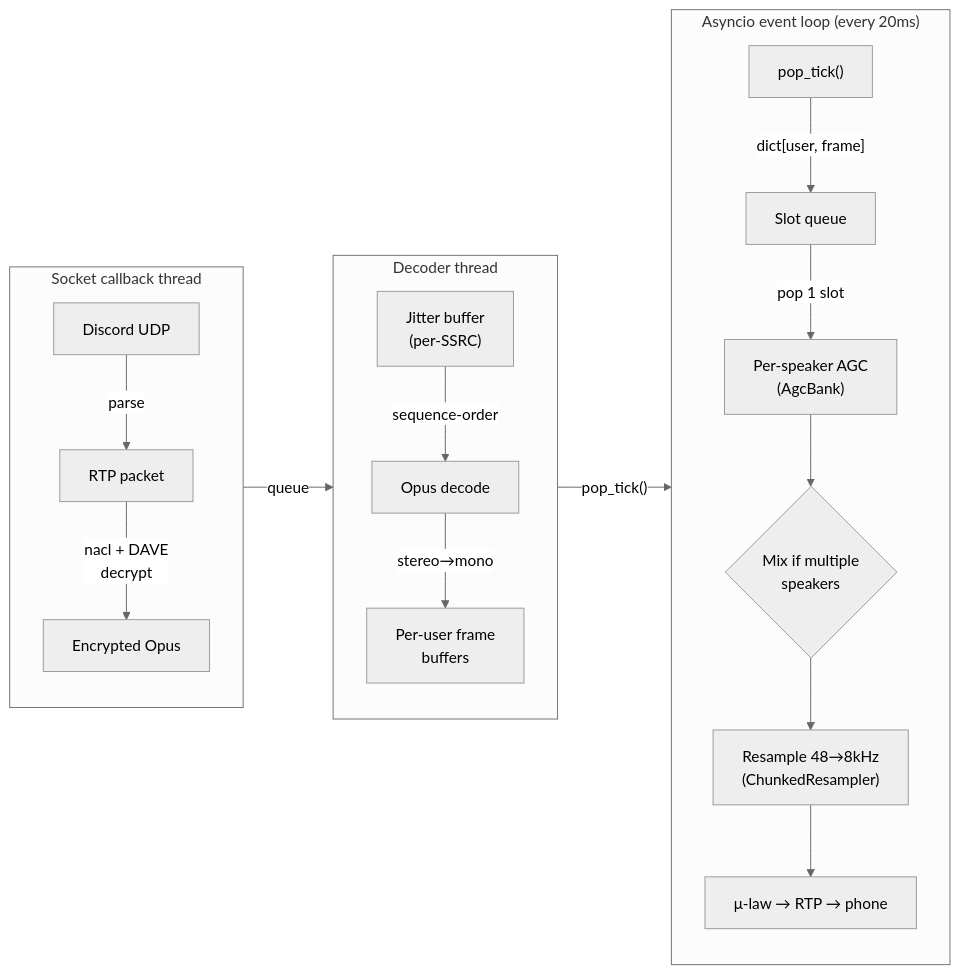
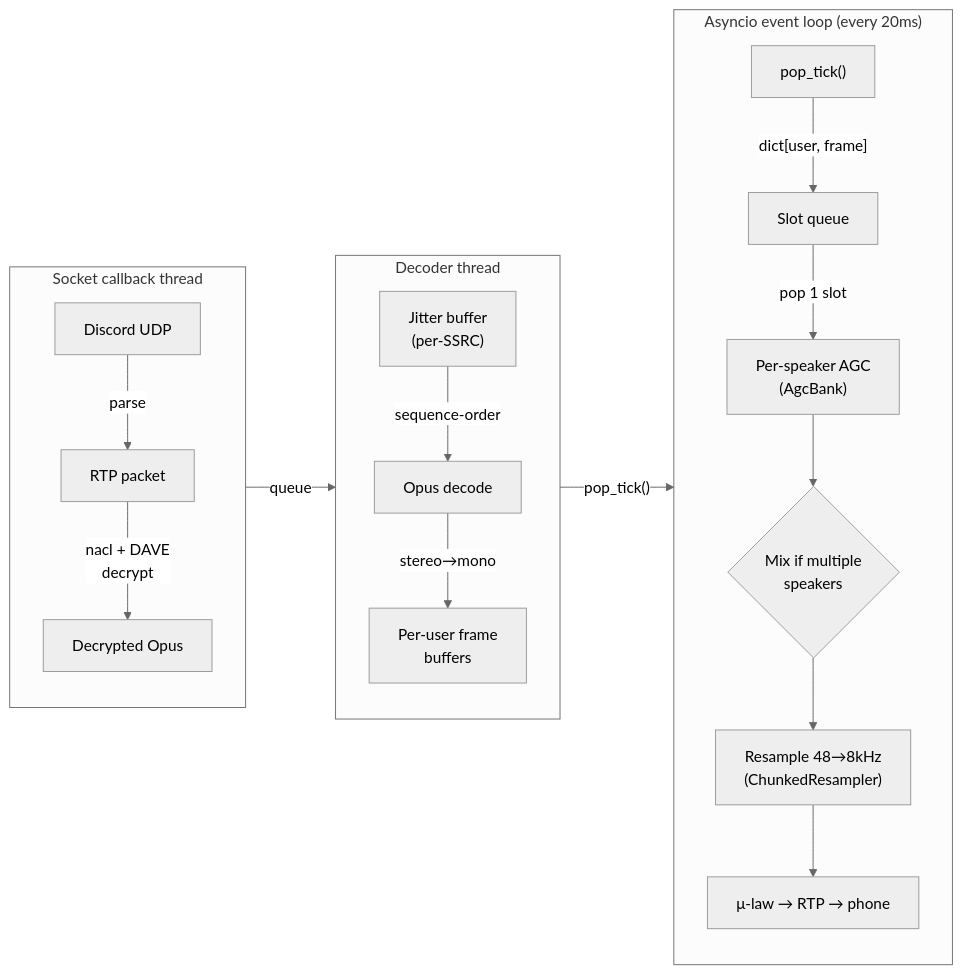
The third of 3 diagrams in DESIGN.md (frizzle-chan/frizzle-phone), drawn with Mermaid (neutral theme) before and after one commit. The commit also changed other lines of this file and 8 other files, not shown here.

First line of the commit message:
Replace em dashes with colons/commas/parens, fix decrypt diagram label

````diff
--- a/DESIGN.md
+++ b/DESIGN.md
@@ -79,27 +79,27 @@
 ```mermaid
 graph LR
     subgraph SC["Socket callback thread"]
         direction TB
         UDP[Discord UDP] -->|parse| RTP_PKT[RTP packet]
-        RTP_PKT -->|"nacl + DAVE<br/>decrypt"| ENC[Encrypted Opus]
+        RTP_PKT -->|"nacl + DAVE<br/>decrypt"| DEC_OPUS[Decrypted Opus]
     end
 
     SC -->|queue| DT
 
     subgraph DT["Decoder thread"]
         direction TB
         JB["Jitter buffer<br/>(per-SSRC)"] -->|sequence-order| DEC[Opus decode]
         DEC -->|"stereo→mono"| FRAMES["Per-user frame<br/>buffers"]
     end
 
     DT -->|"pop_tick()"| AL
 
     subgraph AL["Asyncio event loop (every 20ms)"]
         direction TB
         PULL["pop_tick()"] -->|"dict[user, frame]"| SLOTS[Slot queue]
         SLOTS -->|pop 1 slot| AGC["Per-speaker AGC<br/>(AgcBank)"]
         AGC --> MIX{"Mix if multiple<br/>speakers"}
         MIX --> RS["Resample 48→8kHz<br/>(ChunkedResampler)"]
         RS --> RTP_OUT["μ-law → RTP → phone"]
     end
 ```
````
